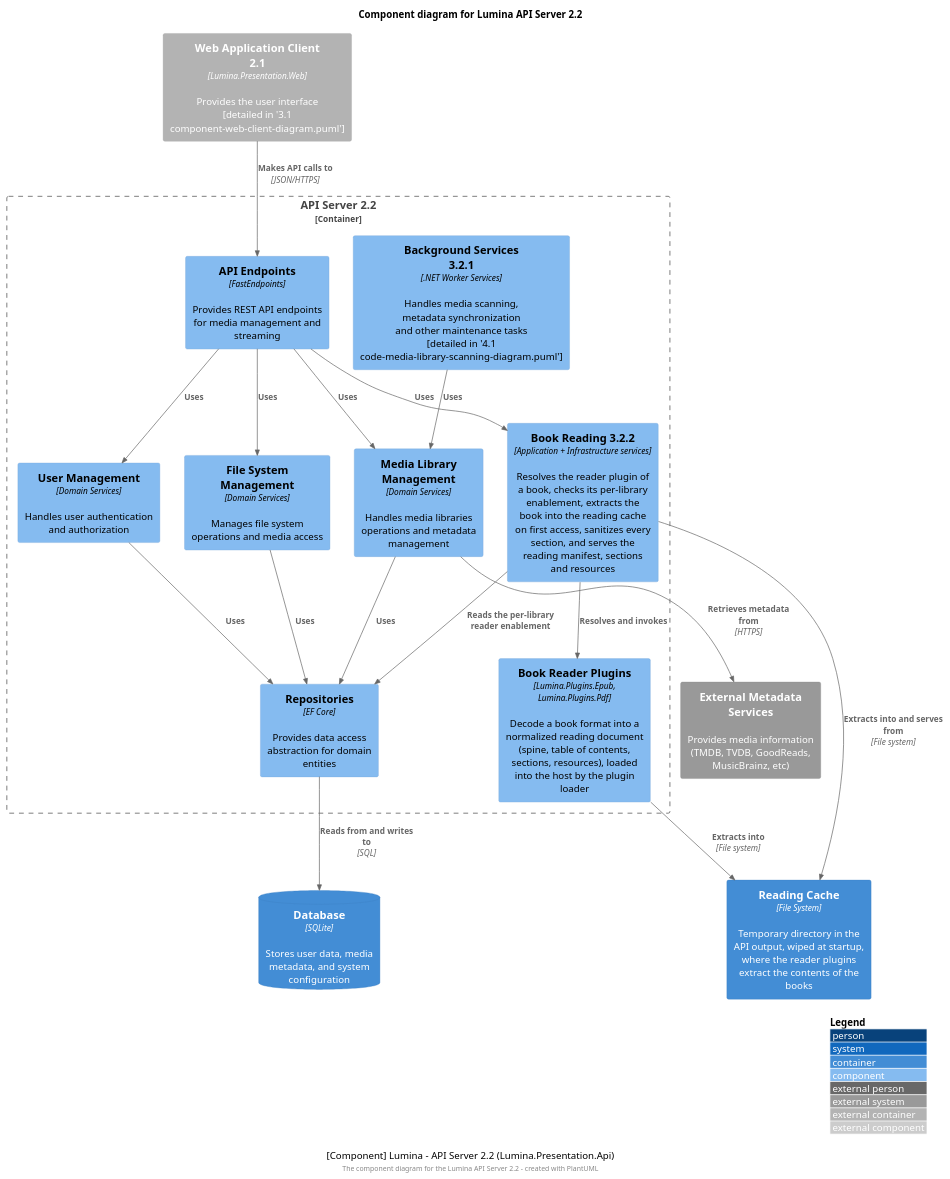
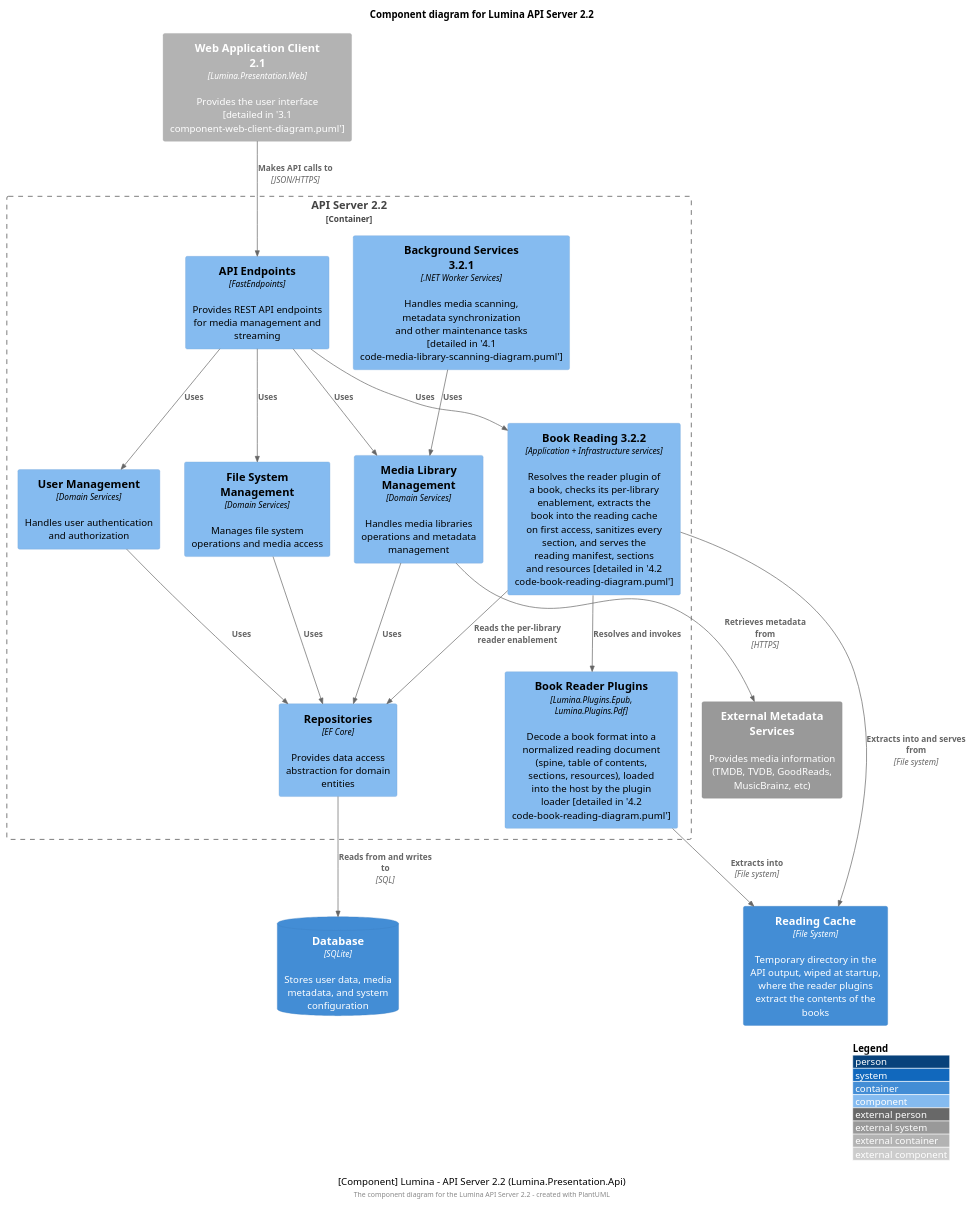
One commit to BinaryAlley/Lumina changed the diagram in docs/technical/architecture/3.2 component-api-server-diagram.puml. Above: the diagram before and after it, drawn with PlantUML. The commit also changed 18 other files, not shown here.

Commit message:
Adds API and architecture documentation for the book reading feature

```diff
--- a/docs/technical/architecture/3.2 component-api-server-diagram.puml
+++ b/docs/technical/architecture/3.2 component-api-server-diagram.puml
@@ -1,52 +1,52 @@
 @startuml Lumina API Server Components
 !include <C4/C4_Component>
 
 LAYOUT_WITH_LEGEND()
 title Component diagram for Lumina API Server 2.2
 
 Container_Ext(webapp, "Web Application Client 2.1", "Lumina.Presentation.Web", "Provides the user interface [detailed in '3.1 component-web-client-diagram.puml']")
 
 Container_Boundary(api, "API Server 2.2") {
     Component(endpoints, "API Endpoints", "FastEndpoints", "Provides REST API endpoints for media management and streaming")
     
     Component(mediaManagement, "Media Library Management", "Domain Services", "Handles media libraries operations and metadata management")
     
     Component(userManagement, "User Management", "Domain Services", "Handles user authentication and authorization")
     
     Component(fileSystem, "File System Management", "Domain Services", "Manages file system operations and media access")
     
     Component(backgroundServices, "Background Services 3.2.1", ".NET Worker Services", "Handles media scanning, metadata synchronization and other maintenance tasks [detailed in '4.1 code-media-library-scanning-diagram.puml']")
     
-    Component(bookReading, "Book Reading 3.2.2", "Application + Infrastructure services", "Resolves the reader plugin of a book, checks its per-library enablement, extracts the book into the reading cache on first access, sanitizes every section, and serves the reading manifest, sections and resources")
+    Component(bookReading, "Book Reading 3.2.2", "Application + Infrastructure services", "Resolves the reader plugin of a book, checks its per-library enablement, extracts the book into the reading cache on first access, sanitizes every section, and serves the reading manifest, sections and resources [detailed in '4.2 code-book-reading-diagram.puml']")
     
-    Component(readerPlugins, "Book Reader Plugins", "Lumina.Plugins.Epub, Lumina.Plugins.Pdf", "Decode a book format into a normalized reading document (spine, table of contents, sections, resources), loaded into the host by the plugin loader")
+    Component(readerPlugins, "Book Reader Plugins", "Lumina.Plugins.Epub, Lumina.Plugins.Pdf", "Decode a book format into a normalized reading document (spine, table of contents, sections, resources), loaded into the host by the plugin loader [detailed in '4.2 code-book-reading-diagram.puml']")
     
     Component(repositories, "Repositories", "EF Core", "Provides data access abstraction for domain entities")
 }
 
 ContainerDb(db, "Database", "SQLite", "Stores user data, media metadata, and system configuration")
 
 Container(readCache, "Reading Cache", "File System", "Temporary directory in the API output, wiped at startup, where the reader plugins extract the contents of the books")
 
 System_Ext(metadataServices, "External Metadata Services", "Provides media information (TMDB, TVDB, GoodReads, MusicBrainz, etc)")
 
 Rel(webapp, endpoints, "Makes API calls to", "JSON/HTTPS")
 Rel(endpoints, mediaManagement, "Uses")
 Rel(endpoints, userManagement, "Uses")
 Rel(endpoints, fileSystem, "Uses")
 Rel(endpoints, bookReading, "Uses")
 Rel(mediaManagement, repositories, "Uses")
 Rel(userManagement, repositories, "Uses")
 Rel(fileSystem, repositories, "Uses")
 Rel(backgroundServices, mediaManagement, "Uses")
 Rel(repositories, db, "Reads from and writes to", "SQL")
 Rel(mediaManagement, metadataServices, "Retrieves metadata from", "HTTPS")
 Rel(bookReading, readerPlugins, "Resolves and invokes")
 Rel(bookReading, repositories, "Reads the per-library reader enablement")
 Rel(bookReading, readCache, "Extracts into and serves from", "File system")
 Rel(readerPlugins, readCache, "Extracts into", "File system")
 
 caption [Component] Lumina - API Server 2.2 (Lumina.Presentation.Api)
 
 footer The component diagram for the Lumina API Server 2.2 - created with PlantUML
 @enduml
```
